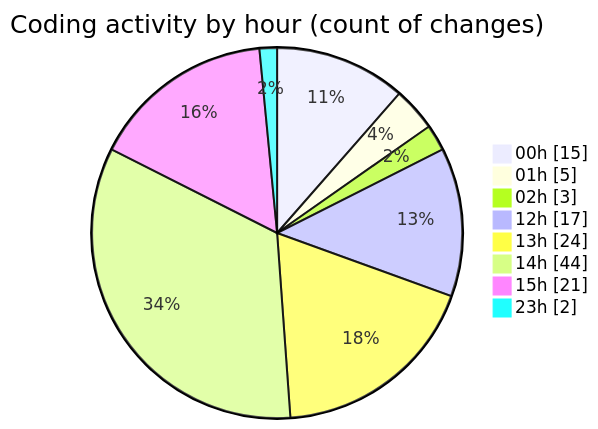
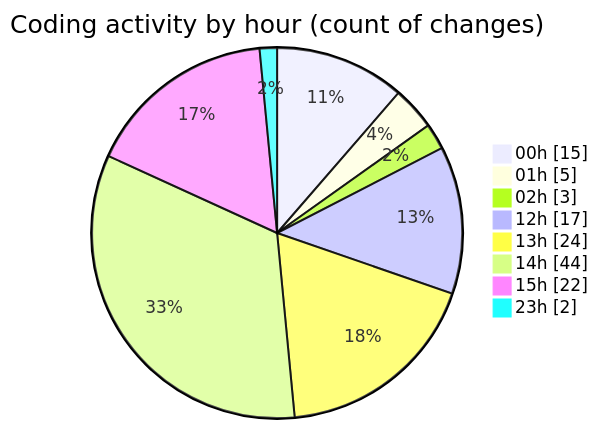
Before and after one commit to lephambinh05/code-tracking: the second of 2 diagrams in 2025-08-13/rentotp/README.md, drawn with Mermaid. The commit also changed other lines of this file and 1 other file, not shown here.

````diff
--- a/2025-08-13/rentotp/README.md
+++ b/2025-08-13/rentotp/README.md
@@ -50,12 +50,12 @@
 ```mermaid
 pie showData
 title Coding activity by hour (count of changes)
 "00h" : 15
 "01h" : 5
 "02h" : 3
 "12h" : 17
 "13h" : 24
 "14h" : 44
-"15h" : 21
+"15h" : 22
 "23h" : 2
 ```
````
